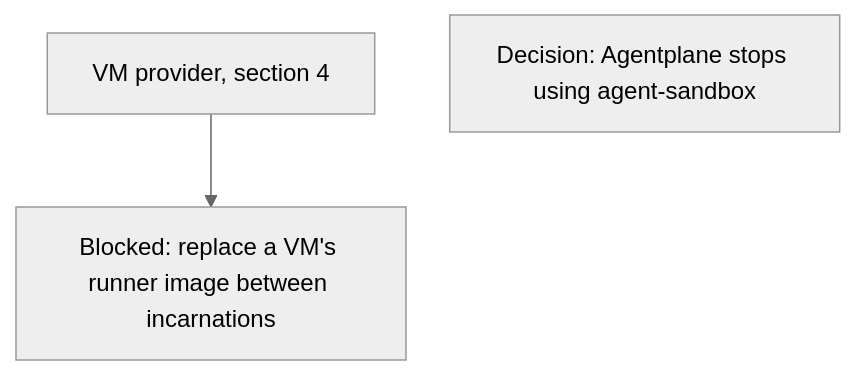
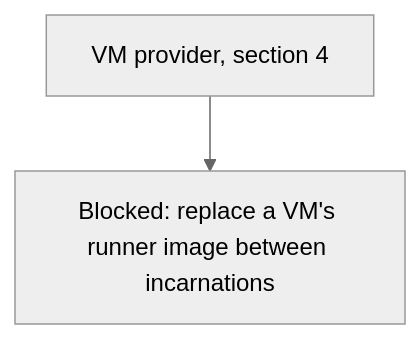
One commit to agentydragon-agent/ducktape changed the tenth of 15 diagrams in agentplane/plans/task_dag.md. Above: the diagram before and after it, drawn with Mermaid (neutral theme). The commit also changed other lines of this file and 162 other files, not shown here.

````diff
--- a/agentplane/plans/task_dag.md
+++ b/agentplane/plans/task_dag.md
@@ -658,5 +650,4 @@
 ```mermaid
 flowchart TD
     VM_PROVIDER[VM provider, section 4] --> SANDBOX_IMAGE_REPLACE[Blocked: replace a VM's runner image between incarnations]
-    AGENT_SANDBOX_RETIRE[Decision: Agentplane stops using agent-sandbox]
 ```
````
